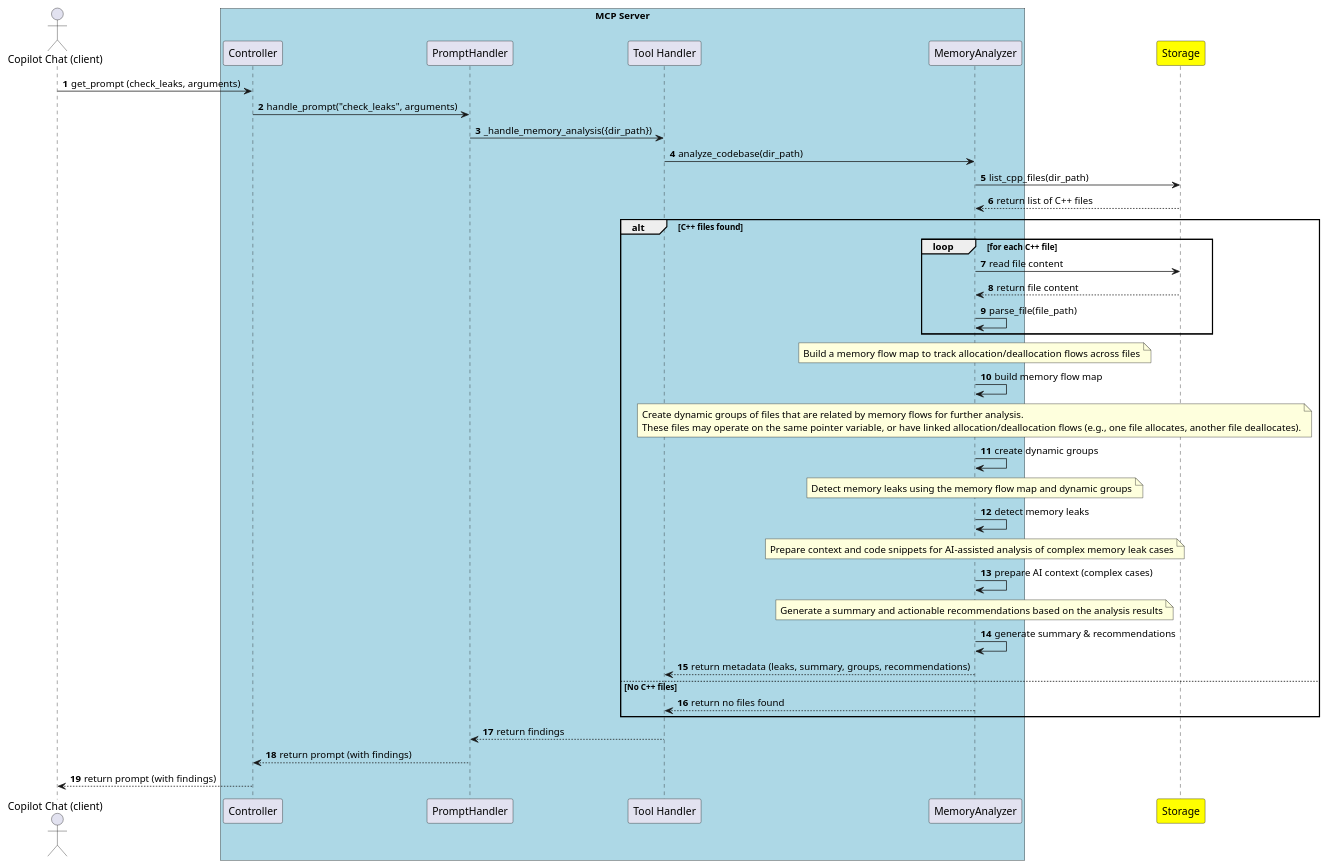
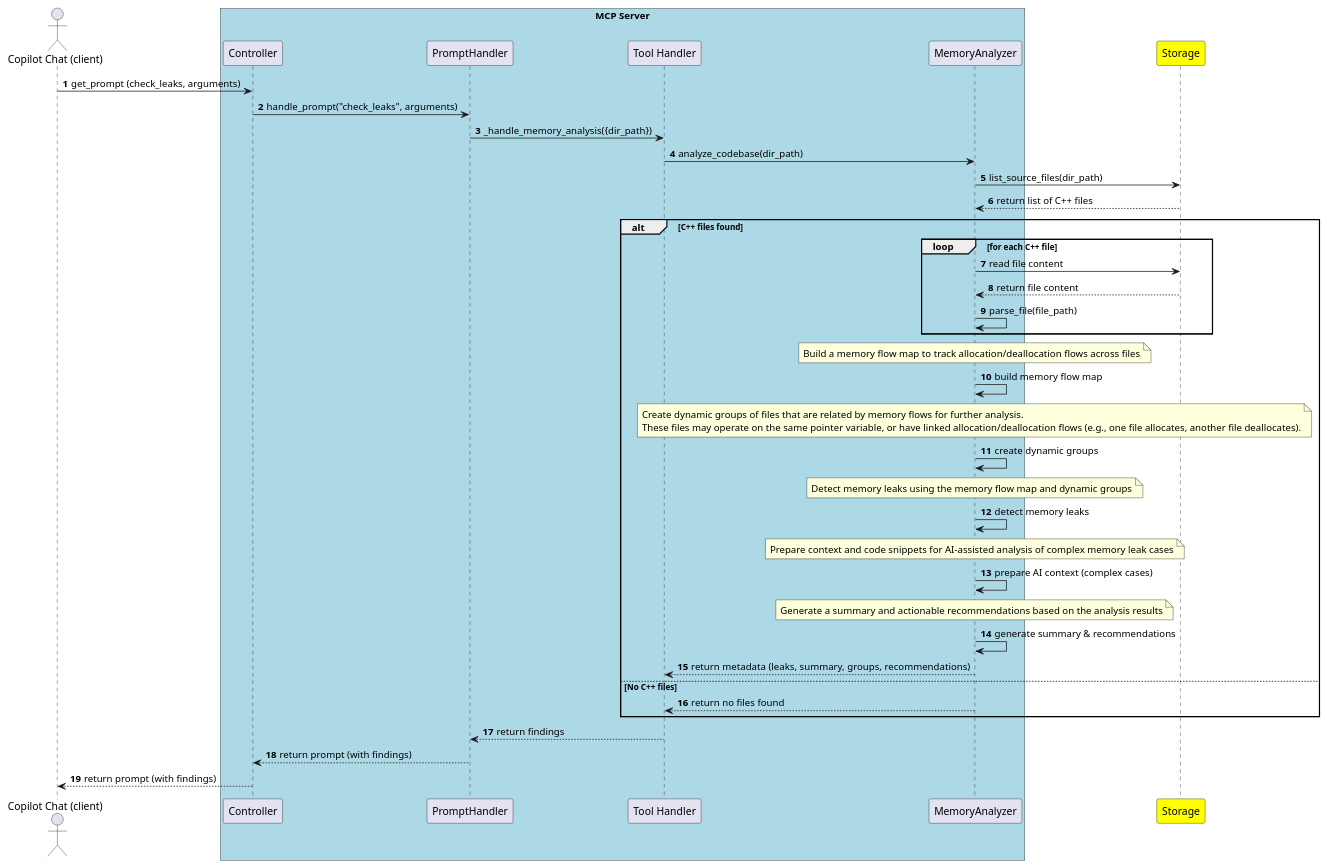
One commit to taikt/codefun changed the diagram in deepl/mcp_server/doc/design/mcp_prompt_check_leaks_sequence.puml. Above: the diagram before and after it, drawn with PlantUML. The commit also changed 15 other files, not shown here.

```diff
--- a/deepl/mcp_server/doc/design/mcp_prompt_check_leaks_sequence.puml
+++ b/deepl/mcp_server/doc/design/mcp_prompt_check_leaks_sequence.puml
@@ -1,63 +1,63 @@
 @startuml
 actor "Copilot Chat (client)" as copilot
 box "MCP Server" #LightBlue
   participant "Controller" as controller
   participant "PromptHandler" as promptHandler
   participant "Tool Handler" as toolHandler
   participant "MemoryAnalyzer" as memoryAnalyzer
 end box
 participant "Storage" as storage #yellow
 
 autonumber
 copilot -> controller : get_prompt (check_leaks, arguments)
 controller -> promptHandler : handle_prompt("check_leaks", arguments)
 promptHandler -> toolHandler : _handle_memory_analysis({dir_path})
 toolHandler -> memoryAnalyzer : analyze_codebase(dir_path)
-memoryAnalyzer -> storage : list_cpp_files(dir_path)
+memoryAnalyzer -> storage : list_source_files(dir_path)
 storage --> memoryAnalyzer : return list of C++ files
 alt C++ files found
   loop for each C++ file
     ' Step 10: For each C++ file, read its content
     memoryAnalyzer -> storage : read file content
     storage --> memoryAnalyzer : return file content
     ' Step 11: Parse each file to extract memory operations (allocations/deallocations)
     memoryAnalyzer -> memoryAnalyzer : parse_file(file_path)
   end
   ' Step 12: Build a memory flow map to track allocation/deallocation flows across files
   note over memoryAnalyzer
      Build a memory flow map to track allocation/deallocation flows across files
   end note
   memoryAnalyzer -> memoryAnalyzer : build memory flow map
  
   ' Step 13: Create dynamic groups of files related by memory flows
   note over memoryAnalyzer
      Create dynamic groups of files that are related by memory flows for further analysis.
      These files may operate on the same pointer variable, or have linked allocation/deallocation flows (e.g., one file allocates, another file deallocates).
   end note
   memoryAnalyzer -> memoryAnalyzer : create dynamic groups
 
   ' Step 14: Detect memory leaks based on the memory flow map and groups
   note over memoryAnalyzer
      Detect memory leaks using the memory flow map and dynamic groups
   end note
   memoryAnalyzer -> memoryAnalyzer : detect memory leaks
 
   ' Step 15: Prepare AI context for complex cases
   note over memoryAnalyzer
      Prepare context and code snippets for AI-assisted analysis of complex memory leak cases
   end note
   memoryAnalyzer -> memoryAnalyzer : prepare AI context (complex cases)
 
   ' Step 16: Generate summary and actionable recommendations
   note over memoryAnalyzer
      Generate a summary and actionable recommendations based on the analysis results
   end note
   memoryAnalyzer -> memoryAnalyzer : generate summary & recommendations
   memoryAnalyzer --> toolHandler : return metadata (leaks, summary, groups, recommendations)
 else No C++ files
   memoryAnalyzer --> toolHandler : return no files found
 end
 toolHandler --> promptHandler : return findings
 promptHandler --> controller : return prompt (with findings)
 controller --> copilot : return prompt (with findings)
 @enduml
```
